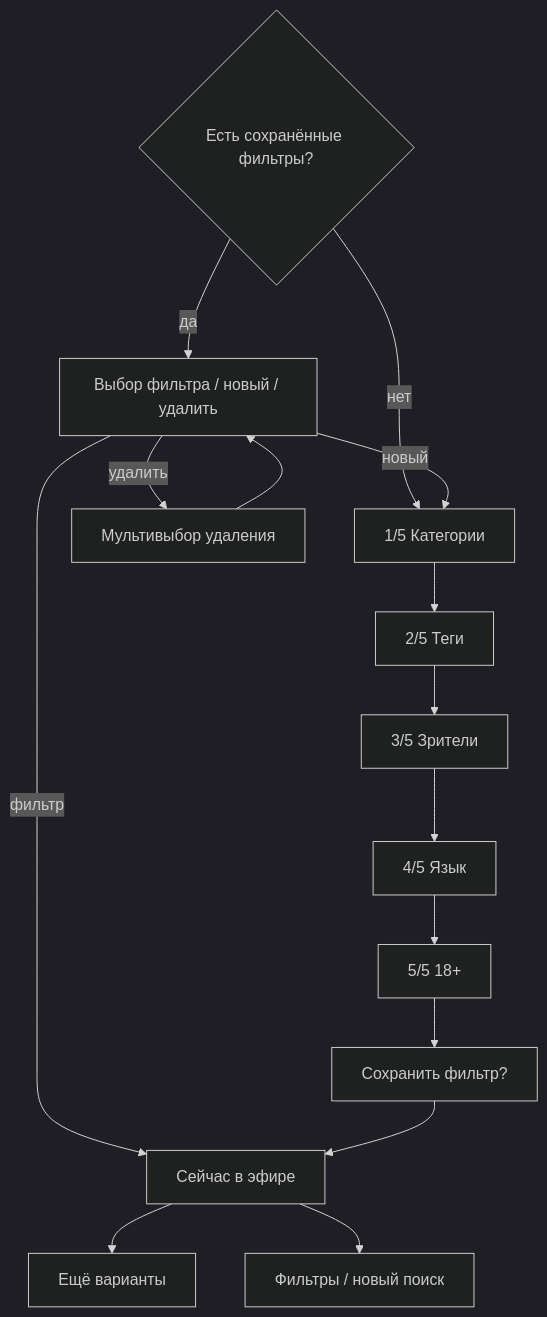
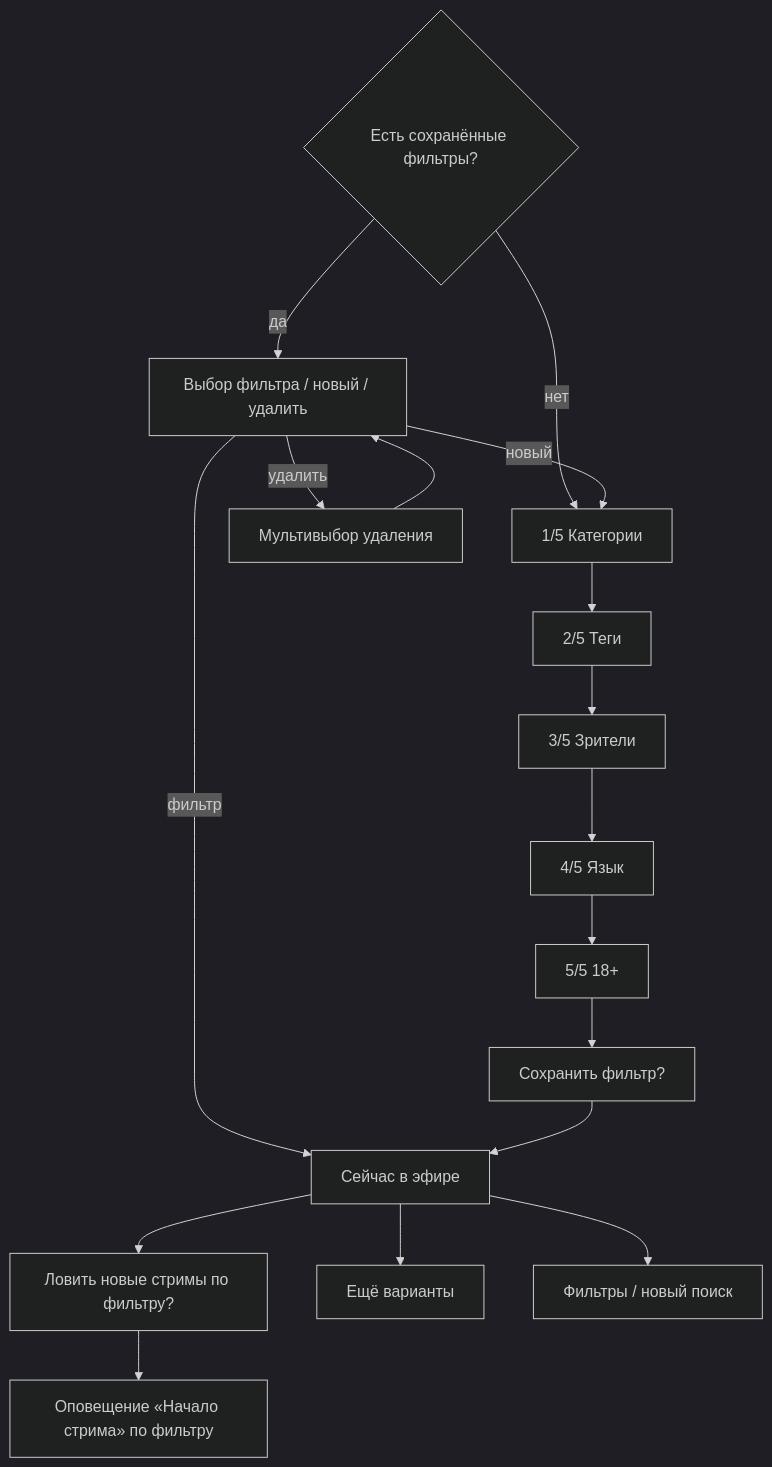
One commit to Marfa/twitch-telegram-bot changed the third of 3 diagrams in docs/user-flow-map.ru.md. Above: the diagram before and after it, drawn with Mermaid (dark theme). The commit also changed other lines of this file and 7 other files, not shown here.

````diff
--- a/docs/user-flow-map.ru.md
+++ b/docs/user-flow-map.ru.md
@@ -247,18 +246,20 @@
 ```mermaid
 flowchart TD
   P{Есть сохранённые фильтры?}
   P -->|да| PICK["Выбор фильтра / новый / удалить"]
   P -->|нет| W1
   PICK -->|фильтр| RES["Сейчас в эфире"]
   PICK -->|новый| W1["1/5 Категории"]
   PICK -->|удалить| DEL["Мультивыбор удаления"]
   DEL --> PICK
   W1 --> W2["2/5 Теги"]
   W2 --> W3["3/5 Зрители"]
   W3 --> W4["4/5 Язык"]
   W4 --> W5["5/5 18+"]
   W5 --> SAVE["Сохранить фильтр?"]
   SAVE --> RES
+  RES --> CATCH["Ловить новые стримы по фильтру?"]
   RES --> AGAIN["Ещё варианты"]
   RES --> CHG["Фильтры / новый поиск"]
+  CATCH --> LIVE["Оповещение «Начало стрима» по фильтру"]
 ```
````
